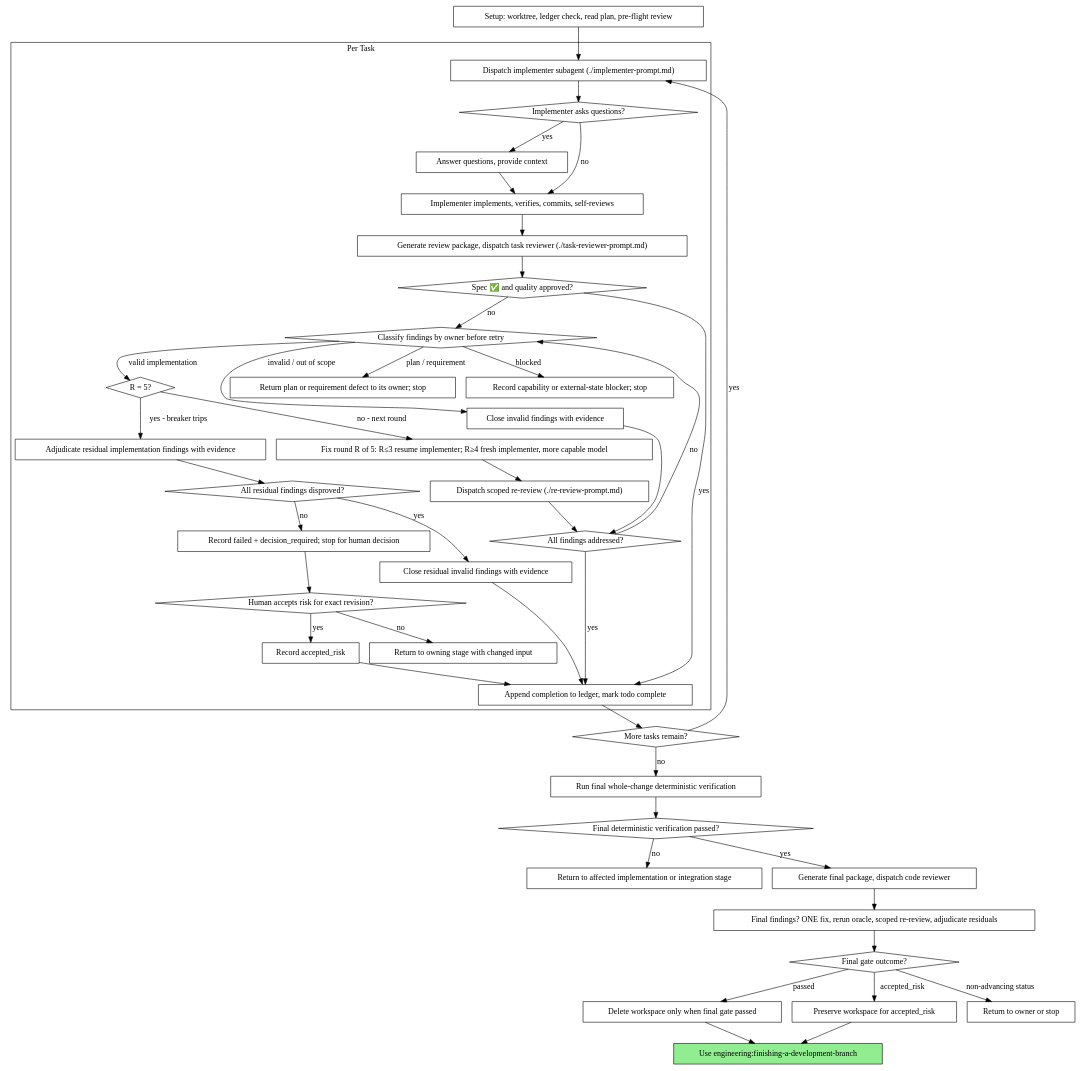
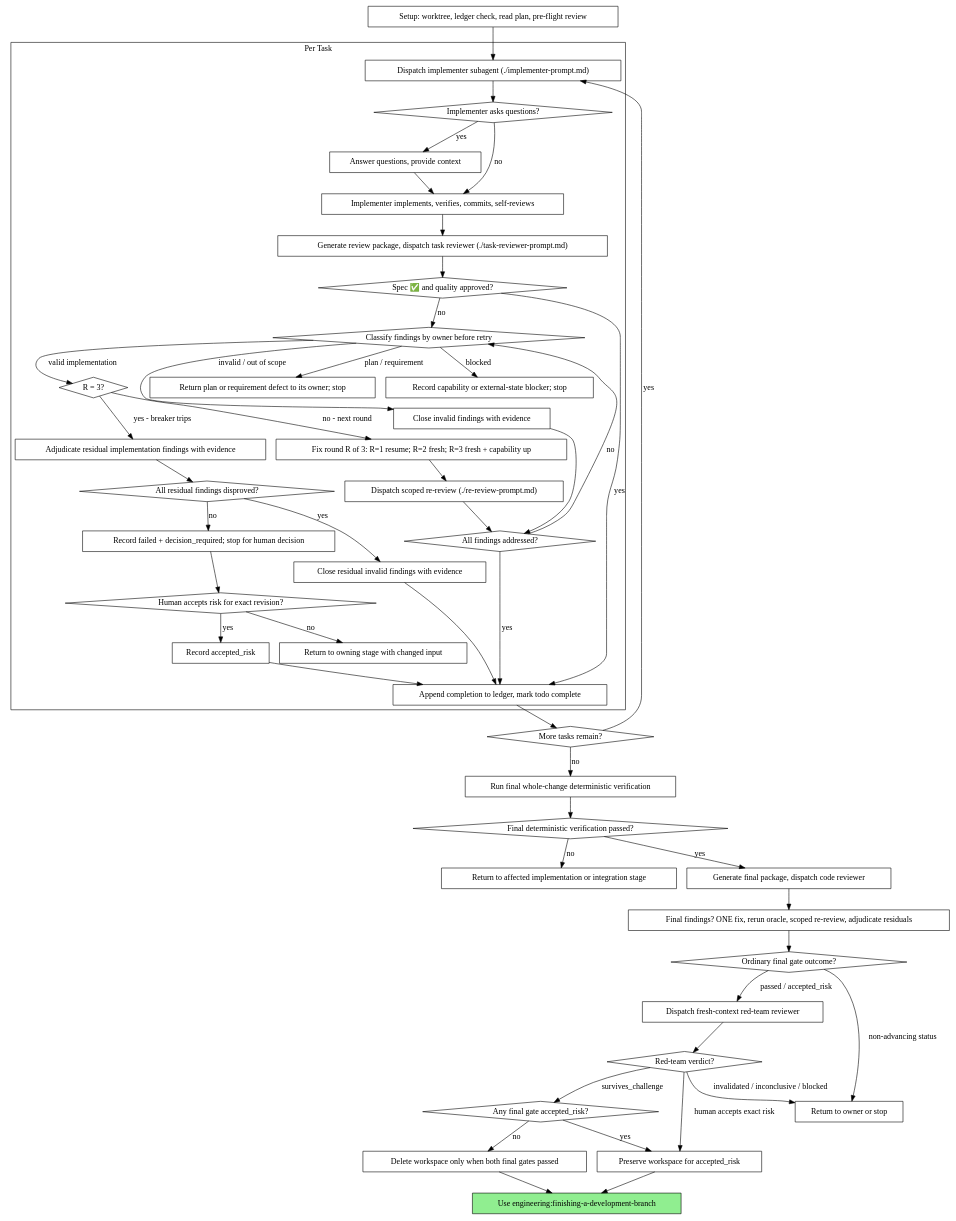
The second of 2 diagrams in plugins/engineering/skills/subagent-driven-development/SKILL.md (sonsu-lee/sonsu-marketplace), drawn with Graphviz before and after one commit. The commit also changed other lines of this file and 24 other files, not shown here.

Commit message:
feat(engineering): add fast path and red-team gates

````diff
--- a/plugins/engineering/skills/subagent-driven-development/SKILL.md
+++ b/plugins/engineering/skills/subagent-driven-development/SKILL.md
@@ -77,10 +77,10 @@
         "Return plan or requirement defect to its owner; stop" [shape=box];
         "Record capability or external-state blocker; stop" [shape=box];
         "Close invalid findings with evidence" [shape=box];
-        "Fix round R of 5: R≤3 resume implementer; R≥4 fresh implementer, more capable model" [shape=box];
+        "Fix round R of 3: R=1 resume; R=2 fresh; R=3 fresh + capability up" [shape=box];
         "Dispatch scoped re-review (./re-review-prompt.md)" [shape=box];
         "All findings addressed?" [shape=diamond];
-        "R = 5?" [shape=diamond];
+        "R = 3?" [shape=diamond];
         "Adjudicate residual implementation findings with evidence" [shape=box];
         "All residual findings disproved?" [shape=diamond];
         "Close residual invalid findings with evidence" [shape=box];
@@ -98,8 +98,11 @@
     "Return to affected implementation or integration stage" [shape=box];
     "Generate final package, dispatch code reviewer" [shape=box];
     "Final findings? ONE fix, rerun oracle, scoped re-review, adjudicate residuals" [shape=box];
-    "Final gate outcome?" [shape=diamond];
-    "Delete workspace only when final gate passed" [shape=box];
+    "Ordinary final gate outcome?" [shape=diamond];
+    "Dispatch fresh-context red-team reviewer" [shape=box];
+    "Red-team verdict?" [shape=diamond];
+    "Any final gate accepted_risk?" [shape=diamond];
+    "Delete workspace only when both final gates passed" [shape=box];
     "Preserve workspace for accepted_risk" [shape=box];
     "Return to owner or stop" [shape=box];
     "Use engineering:finishing-a-development-branch" [shape=box style=filled fillcolor=lightgreen];
@@ -117,13 +120,13 @@
     "Classify findings by owner before retry" -> "Record capability or external-state blocker; stop" [label="blocked"];
     "Classify findings by owner before retry" -> "Close invalid findings with evidence" [label="invalid / out of scope"];
     "Close invalid findings with evidence" -> "All findings addressed?";
-    "Classify findings by owner before retry" -> "R = 5?" [label="valid implementation"];
-    "Fix round R of 5: R≤3 resume implementer; R≥4 fresh implementer, more capable model" -> "Dispatch scoped re-review (./re-review-prompt.md)";
+    "Classify findings by owner before retry" -> "R = 3?" [label="valid implementation"];
+    "Fix round R of 3: R=1 resume; R=2 fresh; R=3 fresh + capability up" -> "Dispatch scoped re-review (./re-review-prompt.md)";
     "Dispatch scoped re-review (./re-review-prompt.md)" -> "All findings addressed?";
     "All findings addressed?" -> "Append completion to ledger, mark todo complete" [label="yes"];
     "All findings addressed?" -> "Classify findings by owner before retry" [label="no"];
-    "R = 5?" -> "Fix round R of 5: R≤3 resume implementer; R≥4 fresh implementer, more capable model" [label="no - next round"];
-    "R = 5?" -> "Adjudicate residual implementation findings with evidence" [label="yes - breaker trips"];
+    "R = 3?" -> "Fix round R of 3: R=1 resume; R=2 fresh; R=3 fresh + capability up" [label="no - next round"];
+    "R = 3?" -> "Adjudicate residual implementation findings with evidence" [label="yes - breaker trips"];
     "Adjudicate residual implementation findings with evidence" -> "All residual findings disproved?";
     "All residual findings disproved?" -> "Close residual invalid findings with evidence" [label="yes"];
     "Close residual invalid findings with evidence" -> "Append completion to ledger, mark todo complete";
@@ -139,11 +142,16 @@
     "Final deterministic verification passed?" -> "Return to affected implementation or integration stage" [label="no"];
     "Final deterministic verification passed?" -> "Generate final package, dispatch code reviewer" [label="yes"];
     "Generate final package, dispatch code reviewer" -> "Final findings? ONE fix, rerun oracle, scoped re-review, adjudicate residuals";
-    "Final findings? ONE fix, rerun oracle, scoped re-review, adjudicate residuals" -> "Final gate outcome?";
-    "Final gate outcome?" -> "Delete workspace only when final gate passed" [label="passed"];
-    "Final gate outcome?" -> "Preserve workspace for accepted_risk" [label="accepted_risk"];
-    "Final gate outcome?" -> "Return to owner or stop" [label="non-advancing status"];
-    "Delete workspace only when final gate passed" -> "Use engineering:finishing-a-development-branch";
+    "Final findings? ONE fix, rerun oracle, scoped re-review, adjudicate residuals" -> "Ordinary final gate outcome?";
+    "Ordinary final gate outcome?" -> "Dispatch fresh-context red-team reviewer" [label="passed / accepted_risk"];
+    "Ordinary final gate outcome?" -> "Return to owner or stop" [label="non-advancing status"];
+    "Dispatch fresh-context red-team reviewer" -> "Red-team verdict?";
+    "Red-team verdict?" -> "Any final gate accepted_risk?" [label="survives_challenge"];
+    "Any final gate accepted_risk?" -> "Delete workspace only when both final gates passed" [label="no"];
+    "Any final gate accepted_risk?" -> "Preserve workspace for accepted_risk" [label="yes"];
+    "Red-team verdict?" -> "Preserve workspace for accepted_risk" [label="human accepts exact risk"];
+    "Red-team verdict?" -> "Return to owner or stop" [label="invalidated / inconclusive / blocked"];
+    "Delete workspace only when both final gates passed" -> "Use engineering:finishing-a-development-branch";
     "Preserve workspace for accepted_risk" -> "Use engineering:finishing-a-development-branch";
 }
 ```
````
